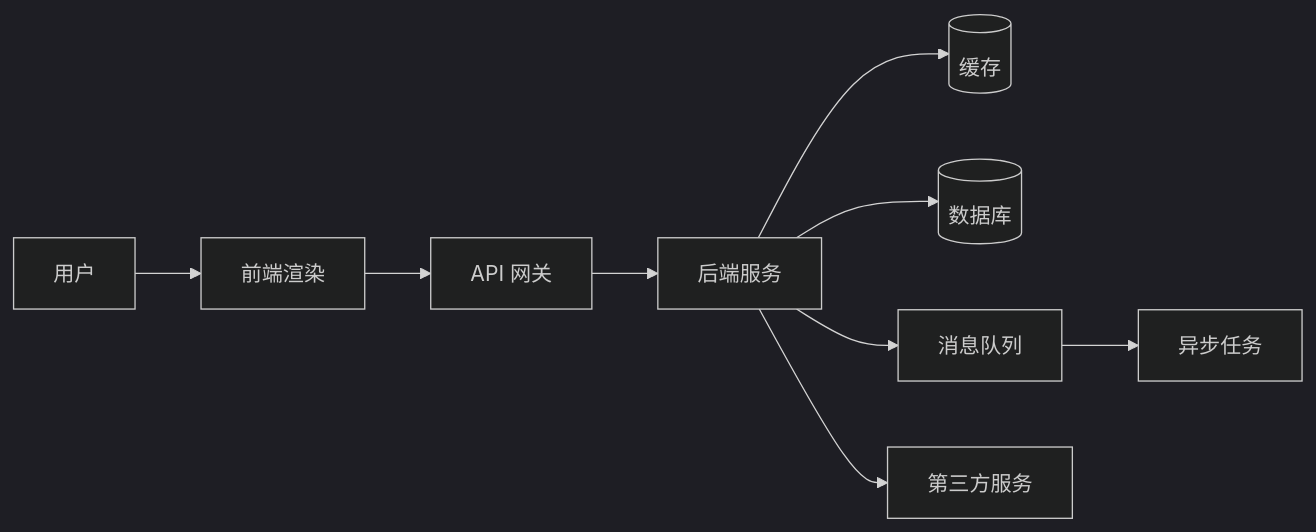
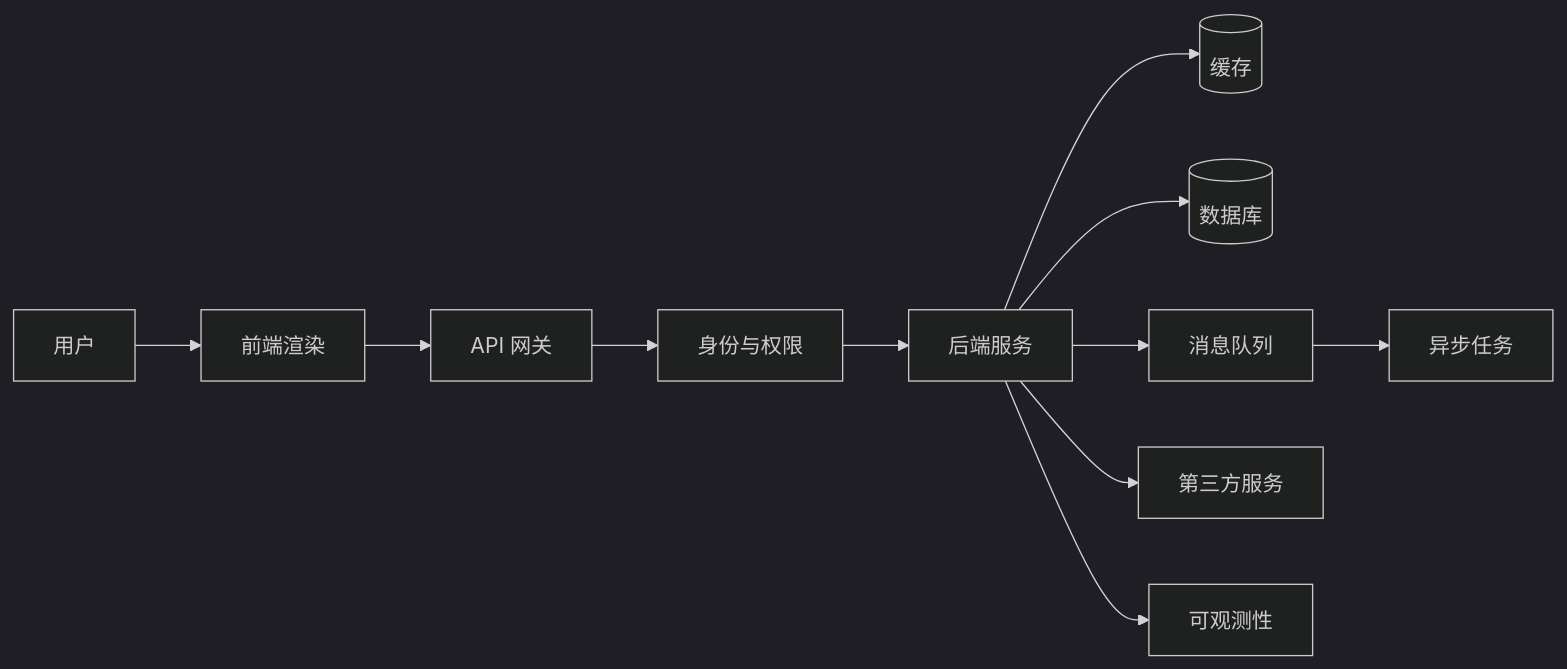
The diagram in docs/tech/architecture-terminology.md (AI-PM-Wiki/AIPM), drawn with Mermaid (dark theme) before and after one commit. The commit also changed other lines of this file and 248 other files, not shown here.

````diff
--- a/docs/tech/architecture-terminology.md
+++ b/docs/tech/architecture-terminology.md
@@ -11,11 +11,13 @@
 ```mermaid
 flowchart LR
     user[用户] --> render[前端渲染]
     render --> gateway[API 网关]
-    gateway --> service[后端服务]
+    gateway --> id[身份与权限]
+    id --> service[后端服务]
     service --> cache[(缓存)]
     service --> db[(数据库)]
     service --> mq[消息队列]
     mq --> worker[异步任务]
     service --> third[第三方服务]
+    service --> obs[可观测性]
 ```
````
